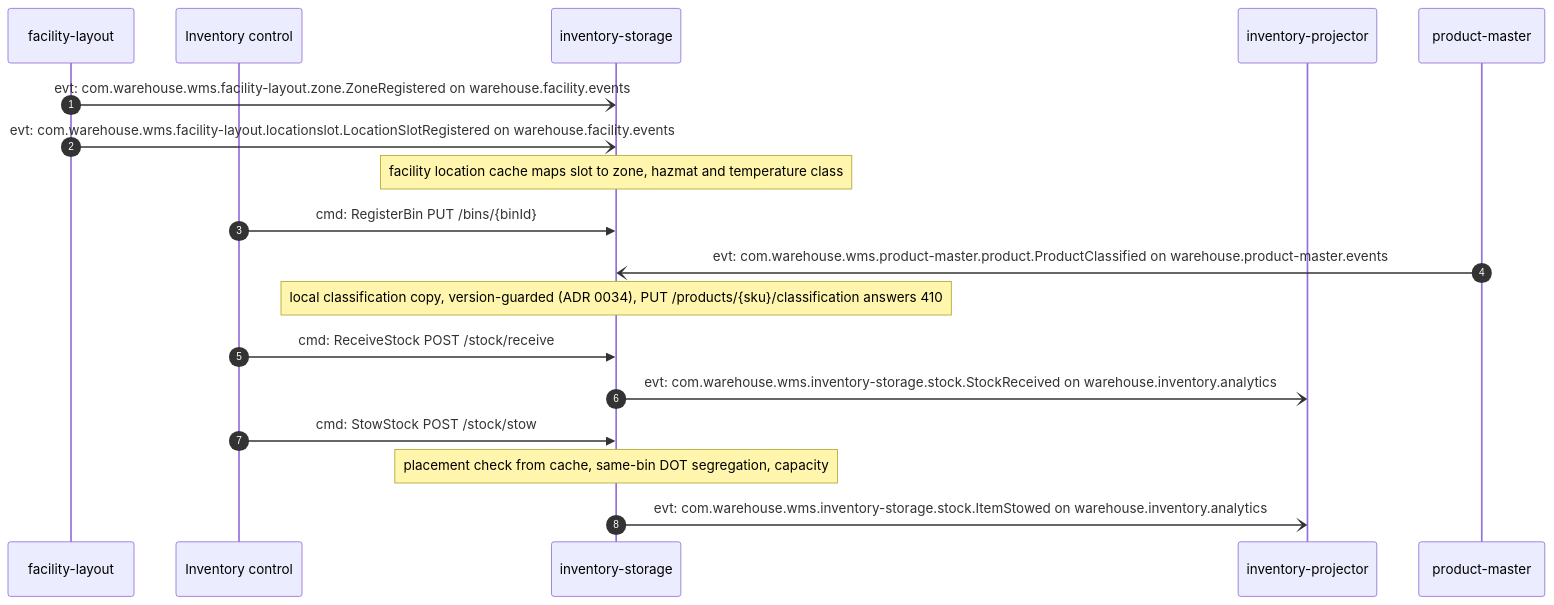
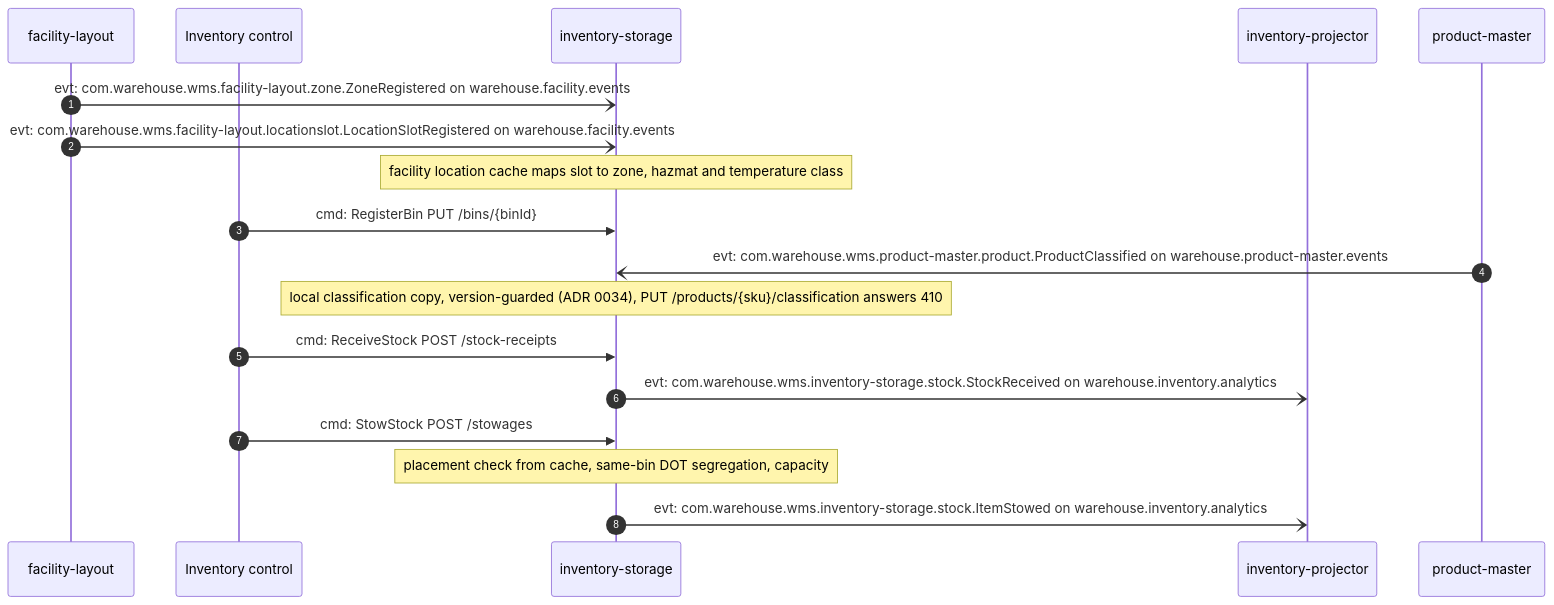
The third of 5 diagrams in docs/docs/ddd/domain-message-flow.md (IQVO/inventory-storage), drawn with Mermaid before and after one commit. The commit also changed other lines of this file and 34 other files, not shown here.

````diff
--- a/docs/docs/ddd/domain-message-flow.md
+++ b/docs/docs/ddd/domain-message-flow.md
@@ -90,20 +90,20 @@
 ```mermaid
 sequenceDiagram
     autonumber
     participant FL as facility-layout
     participant IC as Inventory control
     participant INV as inventory-storage
     participant PJ as inventory-projector
     participant PM as product-master
     FL-)INV: evt: com.warehouse.wms.facility-layout.zone.ZoneRegistered on warehouse.facility.events
     FL-)INV: evt: com.warehouse.wms.facility-layout.locationslot.LocationSlotRegistered on warehouse.facility.events
     Note over INV: facility location cache maps slot to zone, hazmat and temperature class
     IC->>INV: cmd: RegisterBin PUT /bins/{binId}
     PM-)INV: evt: com.warehouse.wms.product-master.product.ProductClassified on warehouse.product-master.events
     Note over INV: local classification copy, version-guarded (ADR 0034), PUT /products/{sku}/classification answers 410
-    IC->>INV: cmd: ReceiveStock POST /stock/receive
+    IC->>INV: cmd: ReceiveStock POST /stock-receipts
     INV-)PJ: evt: com.warehouse.wms.inventory-storage.stock.StockReceived on warehouse.inventory.analytics
-    IC->>INV: cmd: StowStock POST /stock/stow
+    IC->>INV: cmd: StowStock POST /stowages
     Note over INV: placement check from cache, same-bin DOT segregation, capacity
     INV-)PJ: evt: com.warehouse.wms.inventory-storage.stock.ItemStowed on warehouse.inventory.analytics
 ```
````
